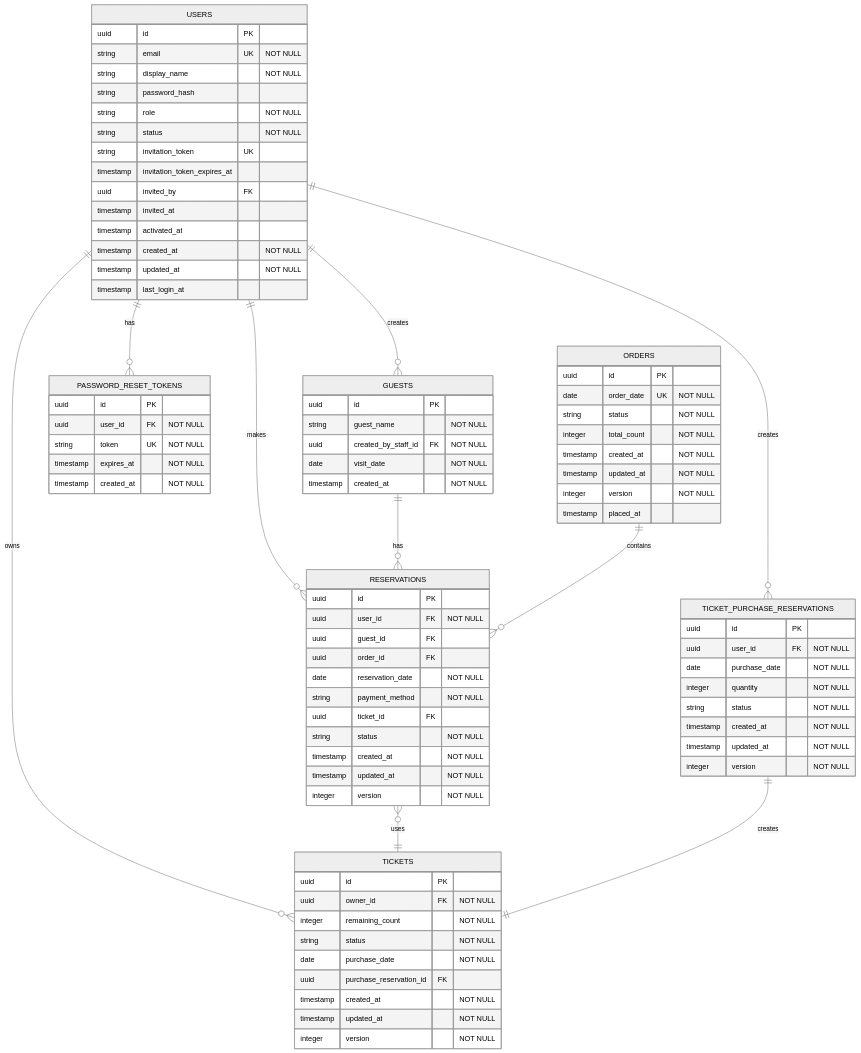
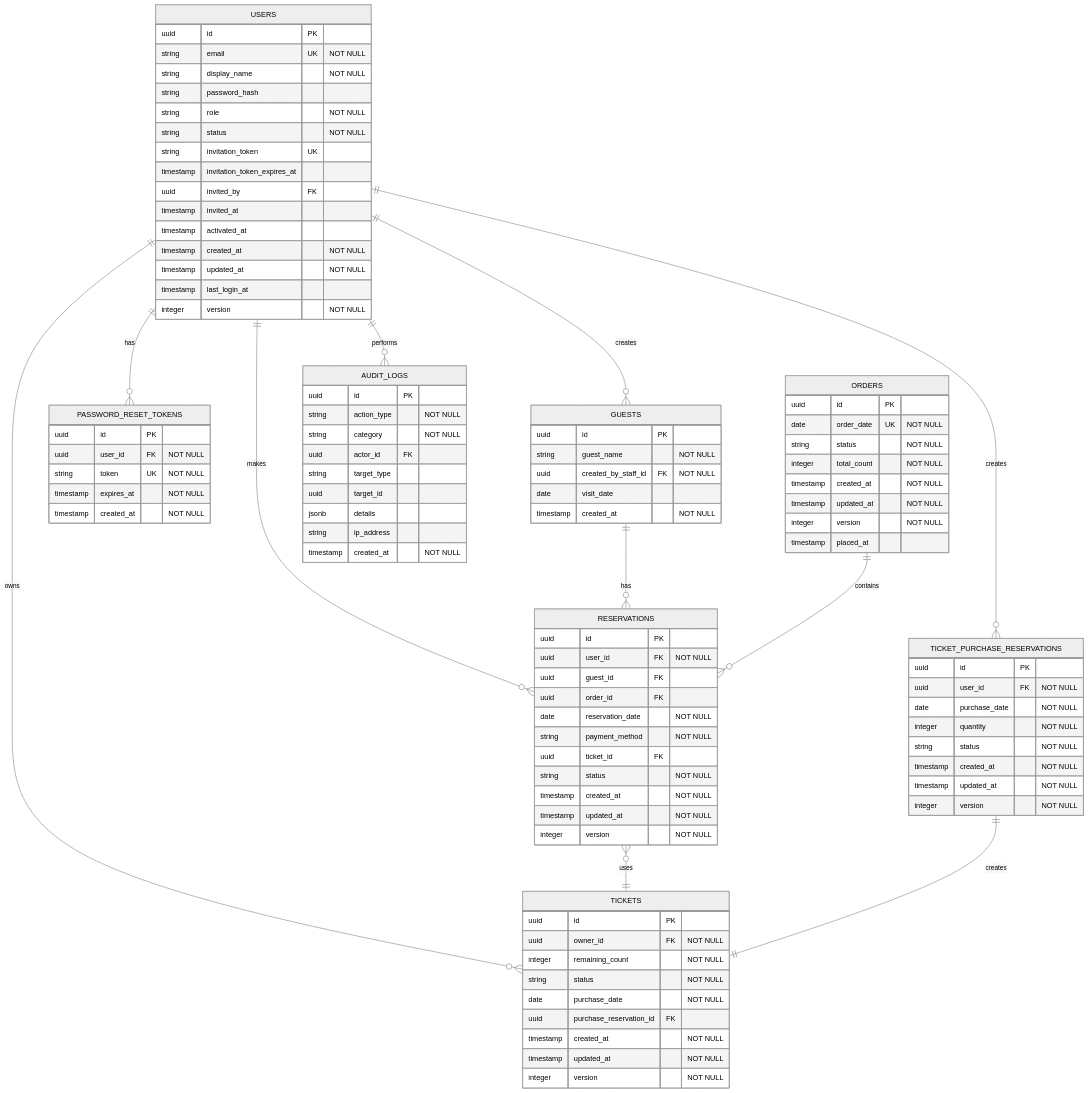
One commit to HiI2O/lunch-hub changed the diagram in docs/04-database-design.md. Above: the diagram before and after it, drawn with Mermaid (neutral theme). The commit also changed other lines of this file and 8 other files, not shown here.

````diff
--- a/docs/04-database-design.md
+++ b/docs/04-database-design.md
@@ -19,6 +20,7 @@
     GUESTS ||--o{ RESERVATIONS : "has"
     ORDERS ||--o{ RESERVATIONS : "contains"
     TICKET_PURCHASE_RESERVATIONS ||--|| TICKETS : "creates"
+    USERS ||--o{ AUDIT_LOGS : "performs"
 
     USERS {
         uuid id PK
@@ -35,6 +37,7 @@
         timestamp created_at "NOT NULL"
         timestamp updated_at "NOT NULL"
         timestamp last_login_at
+        integer version "NOT NULL"
     }
 
     TICKETS {
@@ -78,7 +81,7 @@
         uuid id PK
         string guest_name "NOT NULL"
         uuid created_by_staff_id FK "NOT NULL"
-        date visit_date "NOT NULL"
+        date visit_date
         timestamp created_at "NOT NULL"
     }
 
@@ -100,4 +103,16 @@
         timestamp expires_at "NOT NULL"
         timestamp created_at "NOT NULL"
     }
+
+    AUDIT_LOGS {
+        uuid id PK
+        string action_type "NOT NULL"
+        string category "NOT NULL"
+        uuid actor_id FK
+        string target_type
+        uuid target_id
+        jsonb details
+        string ip_address
+        timestamp created_at "NOT NULL"
+    }
 ```
````
